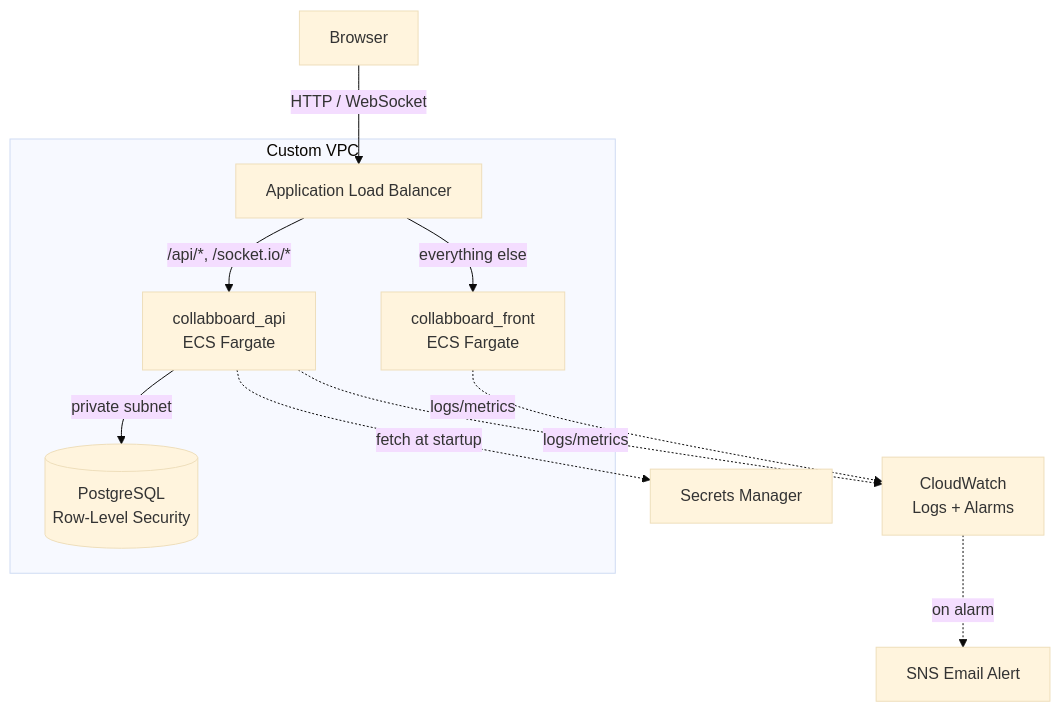
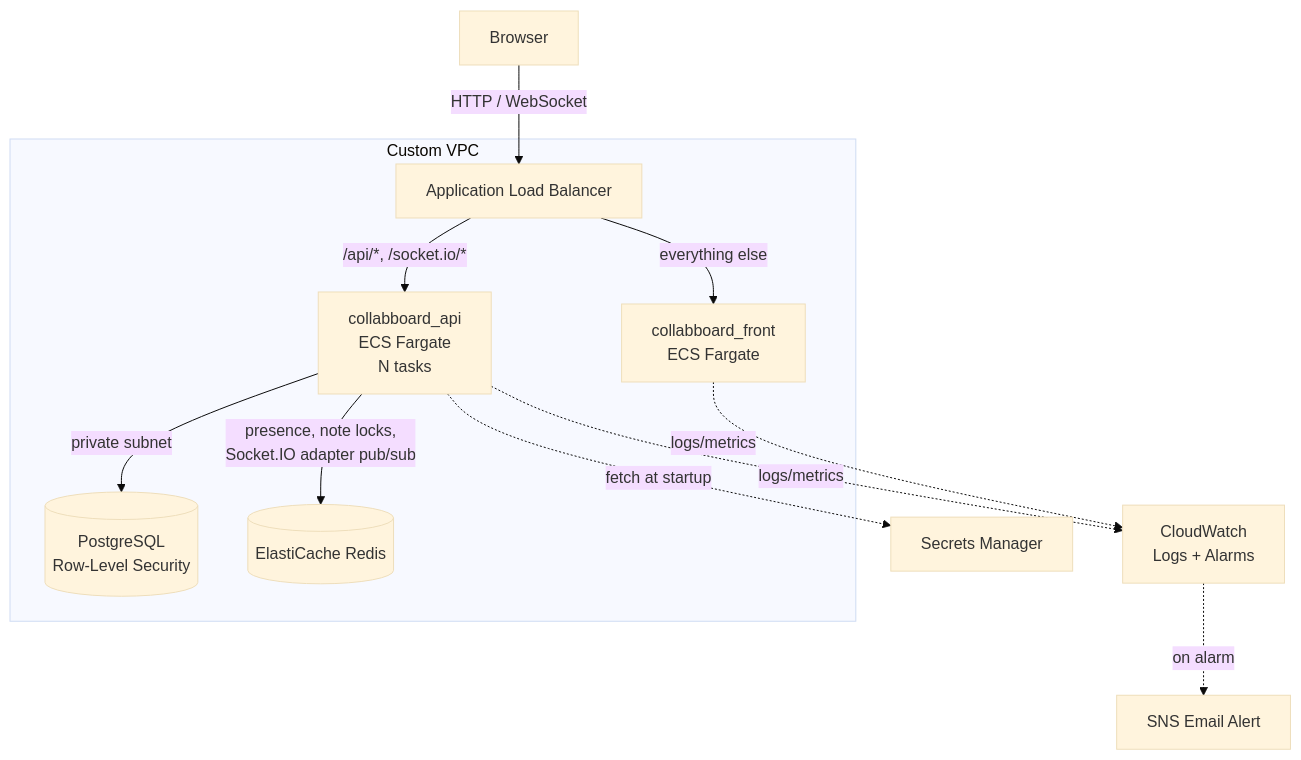
The diagram in README.md (RuckerHans/Collabboard), drawn with Mermaid (base theme) before and after one commit. The commit also changed other lines of this file, not shown here.

````diff
--- a/README.md
+++ b/README.md
@@ -33,21 +34,23 @@
 ```mermaid
 flowchart TD
     User[Browser] -->|HTTP / WebSocket| ALB[Application Load Balancer]
 
-    ALB -->|"/api/*, /socket.io/*"| API[collabboard_api<br/>ECS Fargate]
+    ALB -->|"/api/*, /socket.io/*"| API[collabboard_api<br/>ECS Fargate<br/>N tasks]
     ALB -->|"everything else"| Front[collabboard_front<br/>ECS Fargate]
 
     API -->|"private subnet"| RDS[(PostgreSQL<br/>Row-Level Security)]
+    API -->|"presence, note locks,<br/>Socket.IO adapter pub/sub"| Redis[(ElastiCache Redis)]
     API -.->|fetch at startup| Secrets[Secrets Manager]
     API -.->|logs/metrics| CW[CloudWatch<br/>Logs + Alarms]
     Front -.->|logs/metrics| CW
 
     CW -.->|on alarm| SNS[SNS Email Alert]
 
     subgraph VPC[Custom VPC]
         ALB
         API
         Front
         RDS
+        Redis
     end
 ```
````
